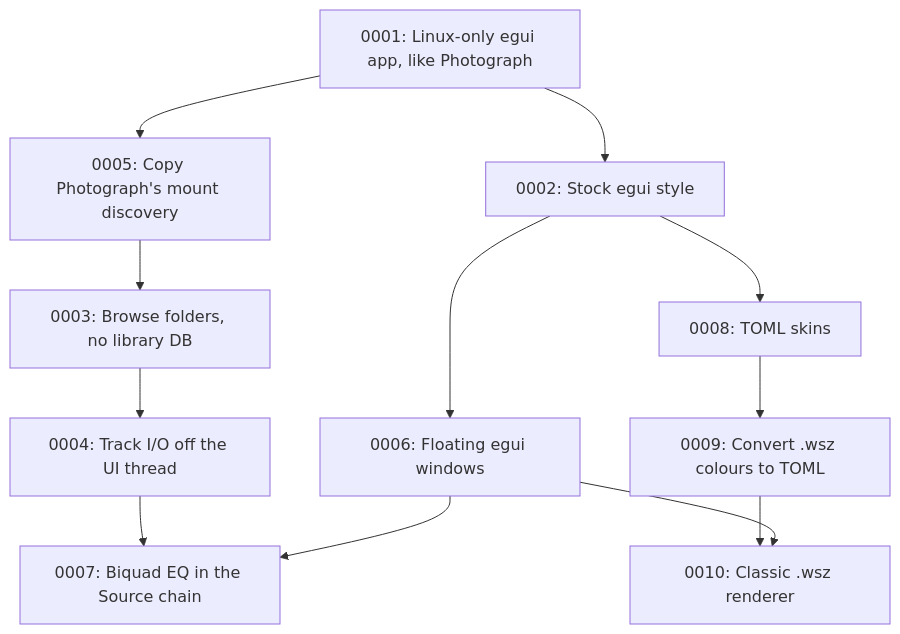
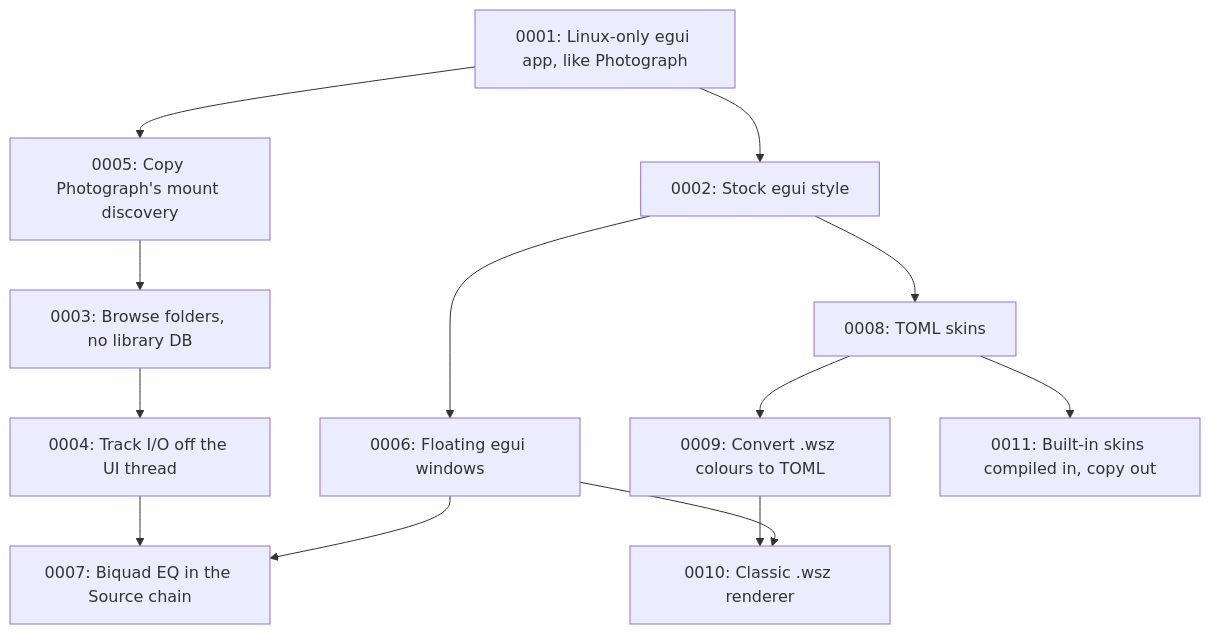
One commit to divanvisagie/UnAmp changed the diagram in docs/adr/README.md. Above: the diagram before and after it, drawn with Mermaid. The commit also changed other lines of this file and 5 other files, not shown here.

First line of the commit message:
Add a skinning guide and "Copy built-in skins to folder"

````diff
--- a/docs/adr/README.md
+++ b/docs/adr/README.md
@@ -54,14 +57,15 @@
 ```mermaid
 flowchart TD
     A[0001: Linux-only egui app, like Photograph] --> B[0002: Stock egui style]
     A --> E[0005: Copy Photograph's mount discovery]
     C[0003: Browse folders, no library DB] --> D[0004: Track I/O off the UI thread]
     E --> C
     B --> F[0006: Floating egui windows]
     D --> G[0007: Biquad EQ in the Source chain]
     F --> G
     B --> H[0008: TOML skins]
     H --> I[0009: Convert .wsz colours to TOML]
     I --> J[0010: Classic .wsz renderer]
     F --> J
+    H --> K[0011: Built-in skins compiled in, copy out]
 ```
````
